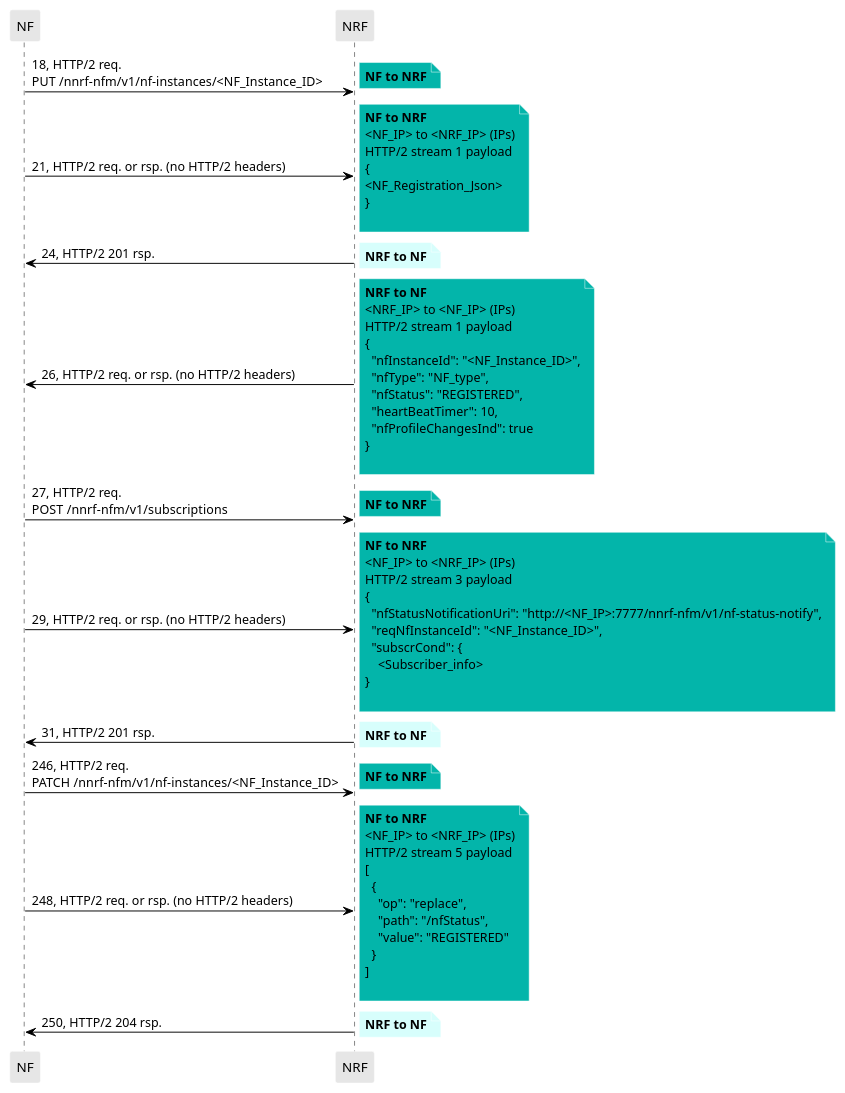
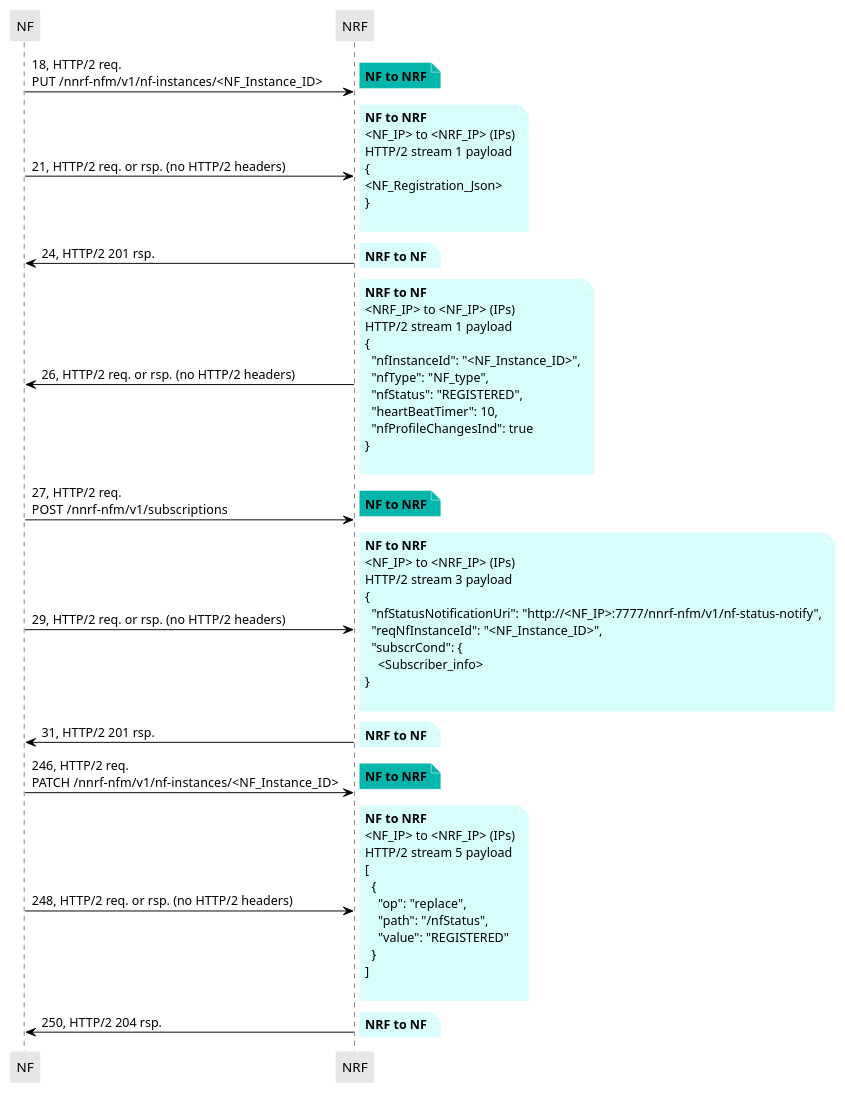
One commit to lilyhuegerich/5G changed the diagram in PCAPS/Core/Background/nrf_reg_edited.puml. Above: the diagram before and after it, drawn with PlantUML. The commit also changed 19 other files, not shown here.

```diff
--- a/PCAPS/Core/Background/nrf_reg_edited.puml
+++ b/PCAPS/Core/Background/nrf_reg_edited.puml
@@ -1,110 +1,110 @@
 @startuml
 skinparam shadowing false
 skinparam NoteBorderColor white
 skinparam sequence {
     ArrowColor black
     LifeLineBorderColor black
     LifeLineBackgroundColor black
     ParticipantBorderColor white
     ParticipantBackgroundColor #e6e6e6
 }
 participant "NF"
 participant "NRF"
 
 
 
 "NF" -> "NRF": 18, HTTP/2 req.\nPUT  /nnrf-nfm/v1/nf-instances/<NF_Instance_ID>
 
 note right #03B5AA
 **NF to NRF**
 end note
 
 "NF" -> "NRF": 21, HTTP/2 req. or rsp. (no HTTP/2 headers)
 
-note right #03B5AA
+note right #D7FEFC
 **NF to NRF**
 <NF_IP> to <NRF_IP> (IPs)
 HTTP/2 stream 1 payload
 {
 <NF_Registration_Json>
 }
 
 end note
 
 "NRF" -> "NF": 24, HTTP/2 201 rsp.
 
 note right #D7FEFC
 **NRF to NF**
 end note
 
 "NRF" -> "NF": 26, HTTP/2 req. or rsp. (no HTTP/2 headers)
 
-note right #03B5AA
+note right #D7FEFC
 **NRF to NF**
 <NRF_IP> to <NF_IP> (IPs)
 HTTP/2 stream 1 payload
 {
   "nfInstanceId": "<NF_Instance_ID>",
   "nfType": "NF_type",
   "nfStatus": "REGISTERED",
   "heartBeatTimer": 10,
   "nfProfileChangesInd": true
 }
 
 end note
 
 "NF" -> "NRF": 27, HTTP/2 req.\nPOST  /nnrf-nfm/v1/subscriptions
 
 note right #03B5AA
 **NF to NRF**
 end note
 
 "NF" -> "NRF": 29, HTTP/2 req. or rsp. (no HTTP/2 headers)
 
-note right #03B5AA
+note right #D7FEFC
 **NF to NRF**
 <NF_IP> to <NRF_IP> (IPs)
 HTTP/2 stream 3 payload
 {
   "nfStatusNotificationUri": "http://<NF_IP>:7777/nnrf-nfm/v1/nf-status-notify",
   "reqNfInstanceId": "<NF_Instance_ID>",
   "subscrCond": {
     <Subscriber_info>
 }
 
 end note
 
 "NRF" -> "NF": 31, HTTP/2 201 rsp.
 
 note right #D7FEFC
 **NRF to NF**
 end note
 "NF" -> "NRF": 246, HTTP/2 req.\nPATCH  /nnrf-nfm/v1/nf-instances/<NF_Instance_ID>
 
 note right #03B5AA
 **NF to NRF**
 end note
 
 "NF" -> "NRF": 248, HTTP/2 req. or rsp. (no HTTP/2 headers)
 
-note right #03B5AA
+note right #D7FEFC
 **NF to NRF**
 <NF_IP> to <NRF_IP> (IPs)
 HTTP/2 stream 5 payload
 [
   {
     "op": "replace",
     "path": "/nfStatus",
     "value": "REGISTERED"
   }
 ]
 
 end note
 
 "NRF" -> "NF": 250, HTTP/2 204 rsp.
 
 note right #D7FEFC
 **NRF to NF**
 end note
 
 @enduml
```
